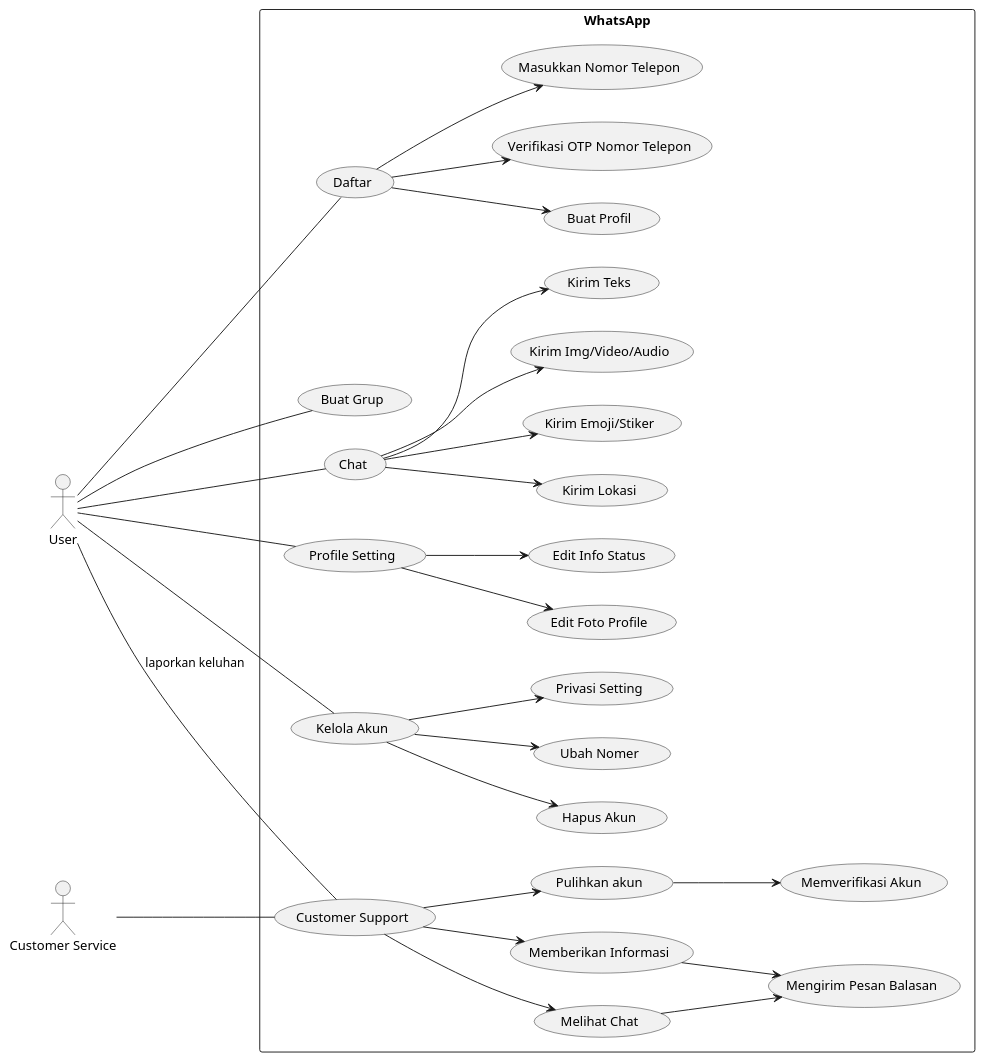
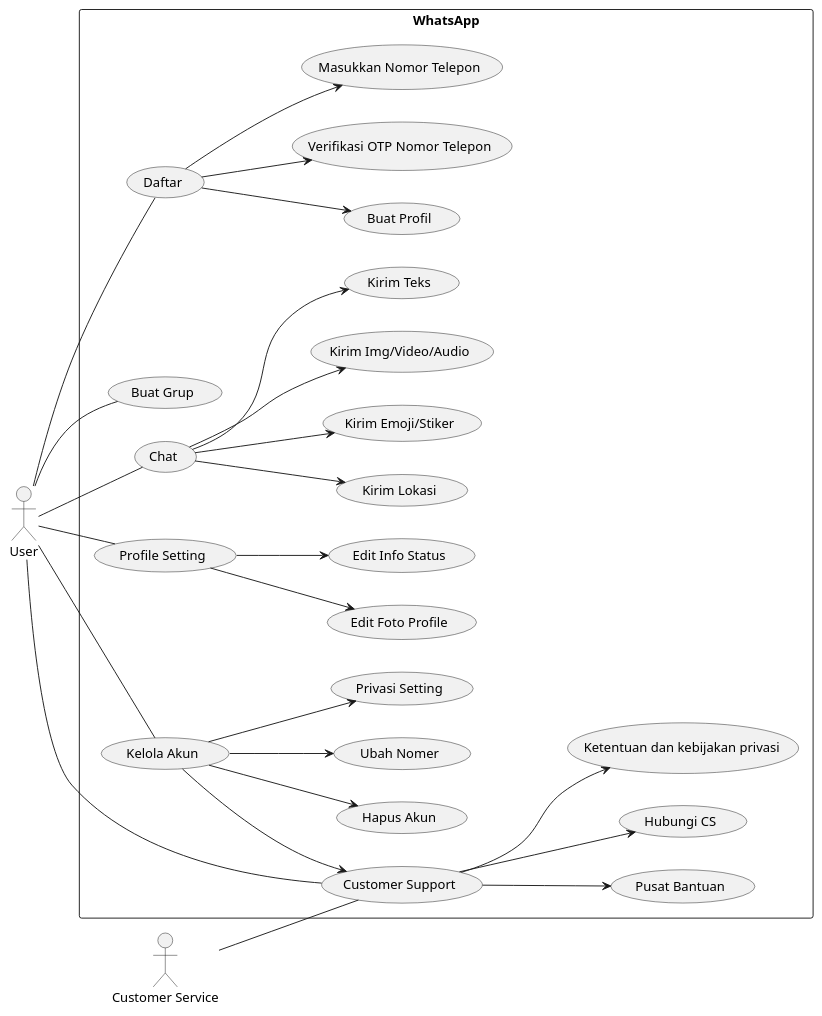
Before and after one commit to fikiap23/chatbro: the diagram in use_case.plantuml, drawn with PlantUML. The commit also changed 1 other file, not shown here.

```diff
--- a/use_case.plantuml
+++ b/use_case.plantuml
@@ -1,40 +1,39 @@
 @startuml
 left to right direction
 actor User as U
 actor "Customer Service" as CS
 
 rectangle WhatsApp {
   U -- (Daftar) 
   U -- (Buat Grup)
   U -- (Chat)
   U -- (Profile Setting)
   U -- (Kelola Akun)
-  U -- (Customer Support): laporkan keluhan
+  U -- (Customer Support)
   CS -- (Customer Support) 
 
  (Daftar) --> (Buat Profil)
   (Daftar) --> (Verifikasi OTP Nomor Telepon)
   (Daftar) --> (Masukkan Nomor Telepon)
 
   (Chat) --> (Kirim Lokasi)
   (Chat) --> (Kirim Emoji/Stiker)
   (Chat) --> (Kirim Img/Video/Audio)
   (Chat) --> (Kirim Teks)
   
   (Profile Setting) --> (Edit Foto Profile)
   (Profile Setting) --> (Edit Info Status)
   
   (Kelola Akun) --> (Hapus Akun)
   (Kelola Akun) --> (Ubah Nomer)
   (Kelola Akun) --> (Privasi Setting)
+  (Kelola Akun) --> (Customer Support)
 
-  (Customer Support) --> (Melihat Chat)
-(Customer Support) --> (Memberikan Informasi)
-(Customer Support) --> (Pulihkan akun)
+(Customer Support) --> (Pusat Bantuan)
+(Customer Support) --> (Hubungi CS)
+(Customer Support) --> (Ketentuan dan kebijakan privasi)
 
-(Melihat Chat) --> (Mengirim Pesan Balasan)
-(Memberikan Informasi) --> (Mengirim Pesan Balasan)
-(Pulihkan akun) --> (Memverifikasi Akun)
+
 }
 
 @enduml
```
